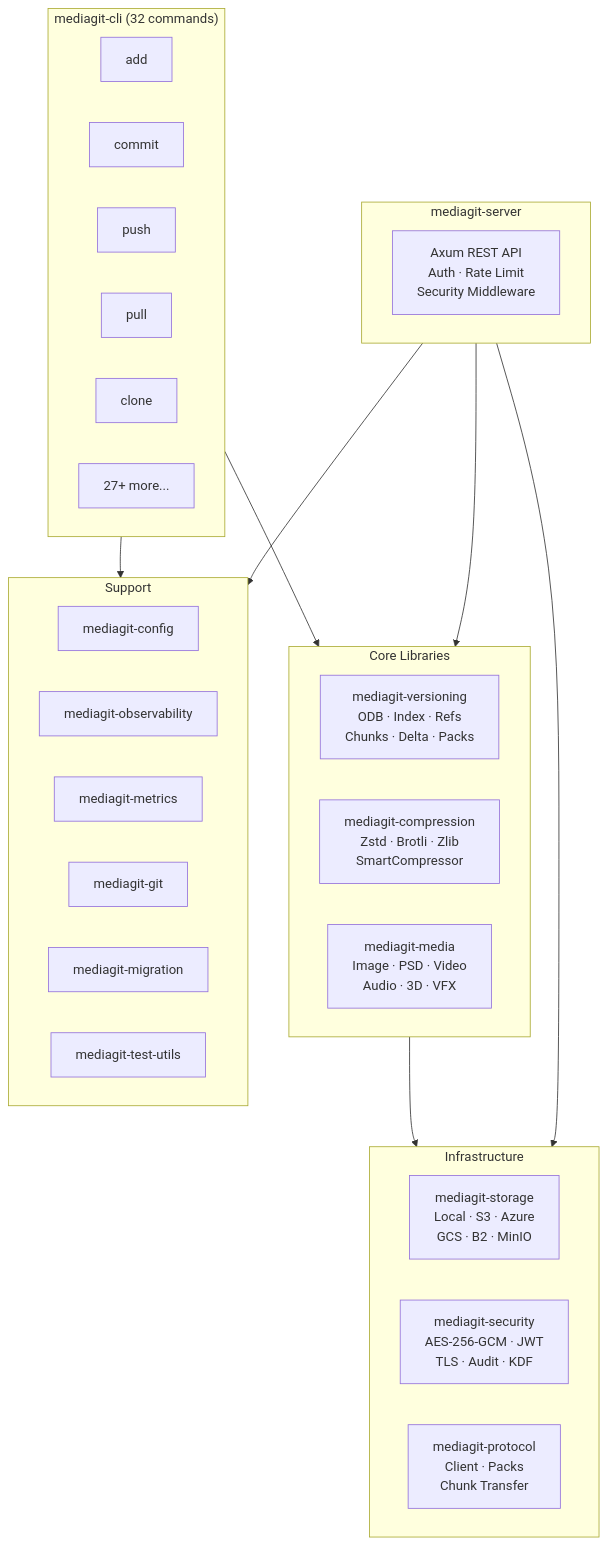
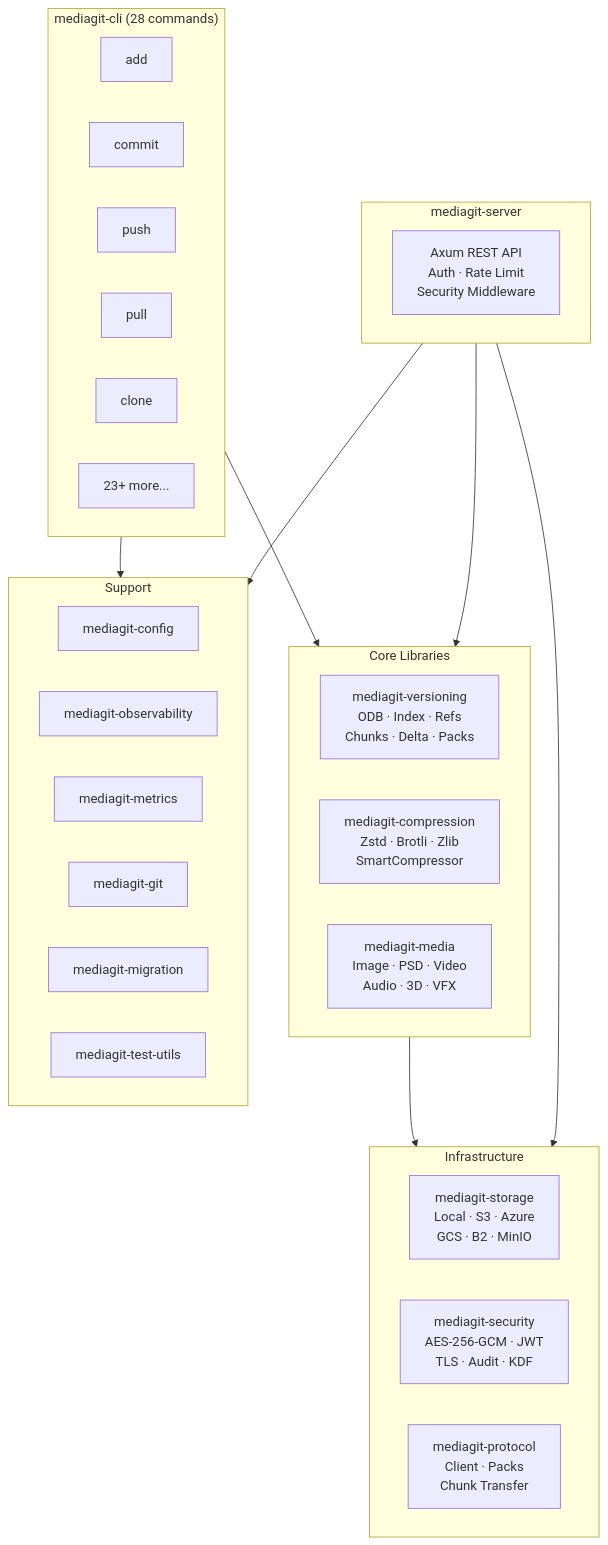
One commit to winnyboy5/mediagit-core changed the first of 12 diagrams in ARCHITECTURE.md. Above: the diagram before and after it, drawn with Mermaid. The commit also changed other lines of this file and 60 other files, not shown here.

````diff
--- a/ARCHITECTURE.md
+++ b/ARCHITECTURE.md
@@ -10,43 +10,43 @@
 ```mermaid
 graph TD
-    subgraph CLI["mediagit-cli (32 commands)"]
+    subgraph CLI["mediagit-cli (28 commands)"]
         ADD["add"]
         COMMIT["commit"]
         PUSH["push"]
         PULL["pull"]
         CLONE["clone"]
-        OTHER["27+ more..."]
+        OTHER["23+ more..."]
     end
 
     subgraph Core["Core Libraries"]
         VER["mediagit-versioning<br/>ODB · Index · Refs<br/>Chunks · Delta · Packs"]
         COMP["mediagit-compression<br/>Zstd · Brotli · Zlib<br/>SmartCompressor"]
         MEDIA["mediagit-media<br/>Image · PSD · Video<br/>Audio · 3D · VFX"]
     end
 
     subgraph Infra["Infrastructure"]
         STORE["mediagit-storage<br/>Local · S3 · Azure<br/>GCS · B2 · MinIO"]
         SEC["mediagit-security<br/>AES-256-GCM · JWT<br/>TLS · Audit · KDF"]
         PROTO["mediagit-protocol<br/>Client · Packs<br/>Chunk Transfer"]
     end
 
     subgraph Support["Support"]
         CFG["mediagit-config"]
         OBS["mediagit-observability"]
         MET["mediagit-metrics"]
         GIT["mediagit-git"]
         MIG["mediagit-migration"]
         TEST["mediagit-test-utils"]
     end
 
     subgraph Server["mediagit-server"]
         AXUM["Axum REST API<br/>Auth · Rate Limit<br/>Security Middleware"]
     end
 
     CLI --> Core
     Core --> Infra
     Server --> Core
     Server --> Infra
     CLI --> Support
     Server --> Support
 ```
````
